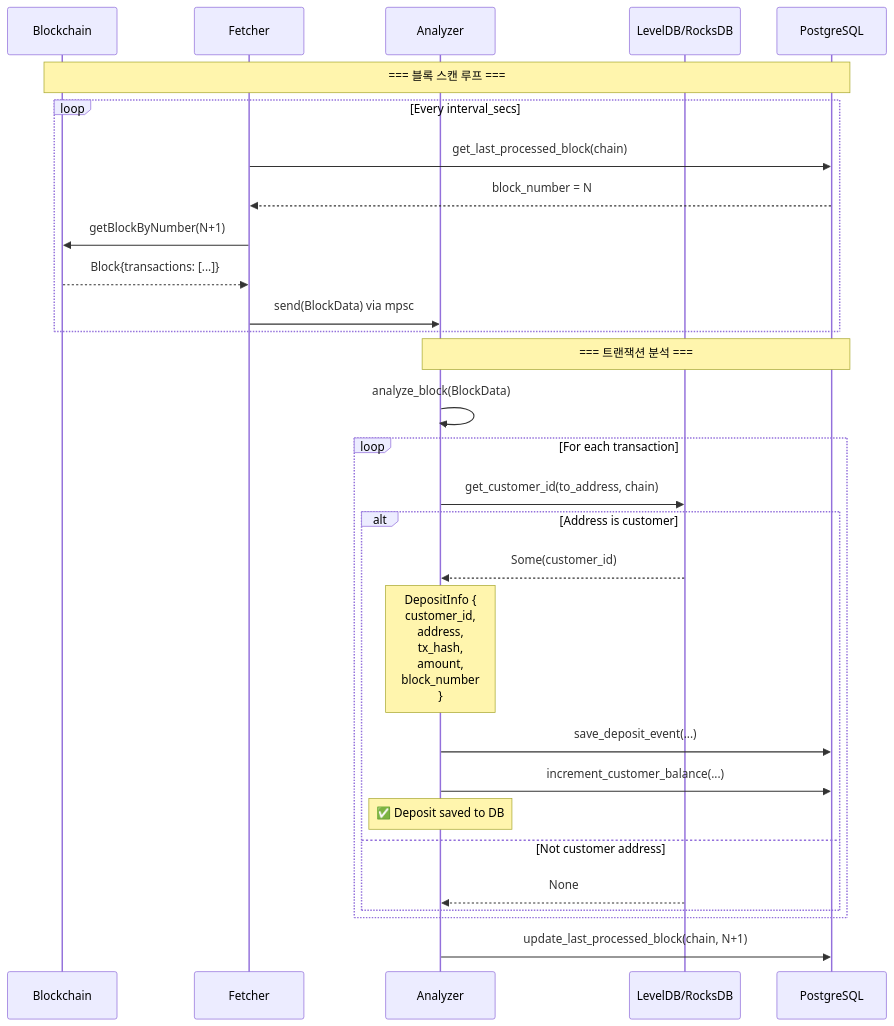
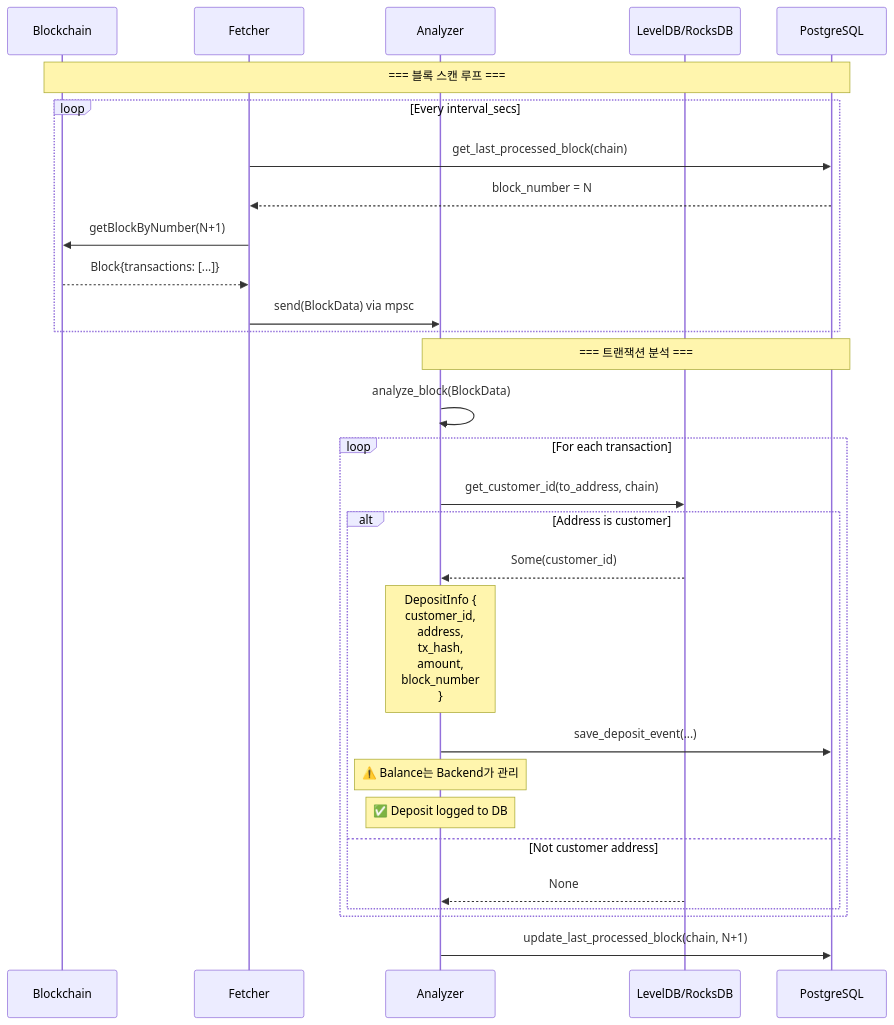
Before and after one commit to blockbit-hama/xScanner: the first of 2 diagrams in docs/ARCHITECTURE.md, drawn with Mermaid. The commit also changed other lines of this file and 32 other files, not shown here.

First line of the commit message:
refactor: Remove customer_id and modularize analyzer

````diff
--- a/docs/ARCHITECTURE.md
+++ b/docs/ARCHITECTURE.md
@@ -50,43 +121,43 @@
 ```mermaid
 sequenceDiagram
     participant Chain as Blockchain
     participant Fetcher as Fetcher
     participant Analyzer as Analyzer
     participant KV as LevelDB/RocksDB
     participant PG as PostgreSQL
 
     Note over Chain,PG: === 블록 스캔 루프 ===
 
     loop Every interval_secs
         Fetcher->>PG: get_last_processed_block(chain)
         PG-->>Fetcher: block_number = N
 
         Fetcher->>Chain: getBlockByNumber(N+1)
         Chain-->>Fetcher: Block{transactions: [...]}
 
         Fetcher->>Analyzer: send(BlockData) via mpsc
     end
 
     Note over Analyzer,PG: === 트랜잭션 분석 ===
 
     Analyzer->>Analyzer: analyze_block(BlockData)
 
     loop For each transaction
         Analyzer->>KV: get_customer_id(to_address, chain)
 
         alt Address is customer
             KV-->>Analyzer: Some(customer_id)
 
             Note over Analyzer: DepositInfo {<br/>  customer_id,<br/>  address,<br/>  tx_hash,<br/>  amount,<br/>  block_number<br/>}
 
             Analyzer->>PG: save_deposit_event(...)
-            Analyzer->>PG: increment_customer_balance(...)
+            Note over Analyzer: ⚠️ Balance는 Backend가 관리
 
-            Note over Analyzer: ✅ Deposit saved to DB
+            Note over Analyzer: ✅ Deposit logged to DB
         else Not customer address
             KV-->>Analyzer: None
         end
     end
 
     Analyzer->>PG: update_last_processed_block(chain, N+1)
 ```
````
